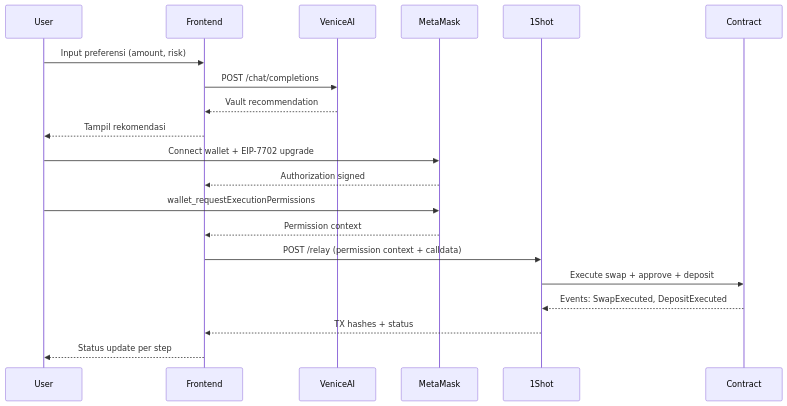
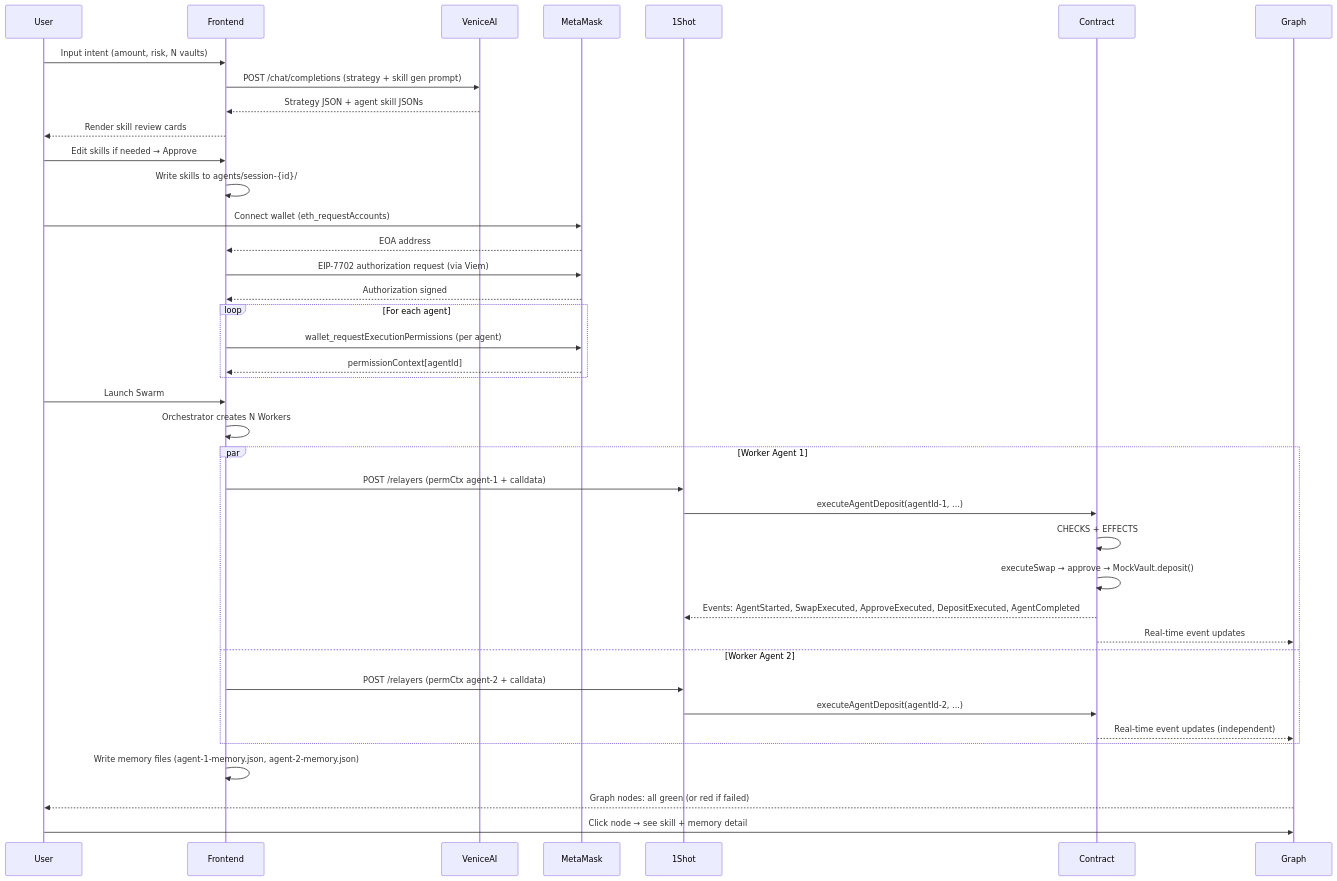
The diagram in docs/teknis-api-events.md (poggufanz/yield-vibing), drawn with Mermaid before and after one commit. The commit also changed other lines of this file and 24 other files, not shown here.

````diff
--- a/docs/teknis-api-events.md
+++ b/docs/teknis-api-events.md
@@ -128,26 +228,49 @@
 ```mermaid
 sequenceDiagram
     participant User
     participant Frontend
     participant VeniceAI
     participant MetaMask
     participant 1Shot
     participant Contract
+    participant Graph
 
-    User->>Frontend: Input preferensi (amount, risk)
-    Frontend->>VeniceAI: POST /chat/completions
-    VeniceAI-->>Frontend: Vault recommendation
-    Frontend-->>User: Tampil rekomendasi
+    User->>Frontend: Input intent (amount, risk, N vaults)
+    Frontend->>VeniceAI: POST /chat/completions (strategy + skill gen prompt)
+    VeniceAI-->>Frontend: Strategy JSON + agent skill JSONs
+    Frontend-->>User: Render skill review cards
 
-    User->>MetaMask: Connect wallet + EIP-7702 upgrade
+    User->>Frontend: Edit skills if needed → Approve
+    Frontend->>Frontend: Write skills to agents/session-{id}/
+
+    User->>MetaMask: Connect wallet (eth_requestAccounts)
+    MetaMask-->>Frontend: EOA address
+
+    Frontend->>MetaMask: EIP-7702 authorization request (via Viem)
     MetaMask-->>Frontend: Authorization signed
 
-    User->>MetaMask: wallet_requestExecutionPermissions
-    MetaMask-->>Frontend: Permission context
+    loop For each agent
+        Frontend->>MetaMask: wallet_requestExecutionPermissions (per agent)
+        MetaMask-->>Frontend: permissionContext[agentId]
+    end
 
-    Frontend->>1Shot: POST /relay (permission context + calldata)
-    1Shot->>Contract: Execute swap + approve + deposit
-    Contract-->>1Shot: Events: SwapExecuted, DepositExecuted
-    1Shot-->>Frontend: TX hashes + status
-    Frontend-->>User: Status update per step
+    User->>Frontend: Launch Swarm
+    Frontend->>Frontend: Orchestrator creates N Workers
+
+    par Worker Agent 1
+        Frontend->>1Shot: POST /relayers (permCtx agent-1 + calldata)
+        1Shot->>Contract: executeAgentDeposit(agentId-1, ...)
+        Contract->>Contract: CHECKS + EFFECTS
+        Contract->>Contract: executeSwap → approve → MockVault.deposit()
+        Contract-->>1Shot: Events: AgentStarted, SwapExecuted, ApproveExecuted, DepositExecuted, AgentCompleted
+        Contract-->>Graph: Real-time event updates
+    and Worker Agent 2
+        Frontend->>1Shot: POST /relayers (permCtx agent-2 + calldata)
+        1Shot->>Contract: executeAgentDeposit(agentId-2, ...)
+        Contract-->>Graph: Real-time event updates (independent)
+    end
+
+    Frontend->>Frontend: Write memory files (agent-1-memory.json, agent-2-memory.json)
+    Graph-->>User: Graph nodes: all green (or red if failed)
+    User->>Graph: Click node → see skill + memory detail
 ```
````
